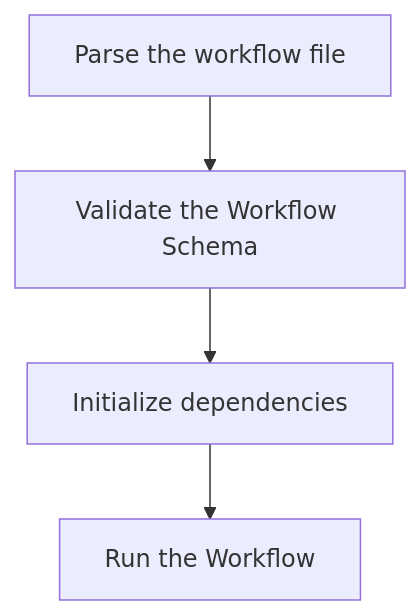
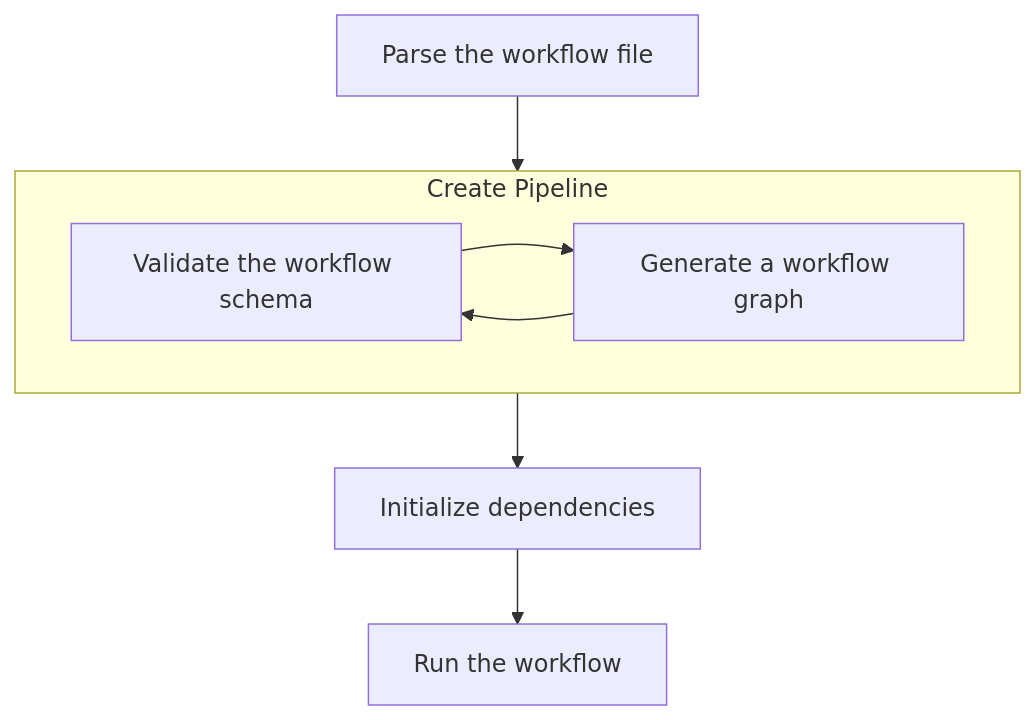
One commit to modelflux/modelflux changed the diagram in design/run-process.md. Above: the diagram before and after it, drawn with Mermaid. The commit also changed other lines of this file, not shown here.

Commit message:
docs: update run-process.md to include workflow validation and design improvements

````diff
--- a/design/run-process.md
+++ b/design/run-process.md
@@ -23,6 +23,13 @@
 ```mermaid
 graph TD;
-    A[Parse the workflow file] --> B[Validate the Workflow Schema]
-    B --> C[Initialize dependencies]
-    C --> D[Run the Workflow]
+    A[Parse the workflow file]
+    subgraph B ["Create Pipeline"]
+        direction LR 
+        B1[Validate the workflow schema]
+        B2[Generate a workflow graph]
+        B1 --> B2 --> B1
+    end
+    C[Initialize dependencies]
+    D[Run the workflow]
+    A --> B --> C --> D
 ```
````
